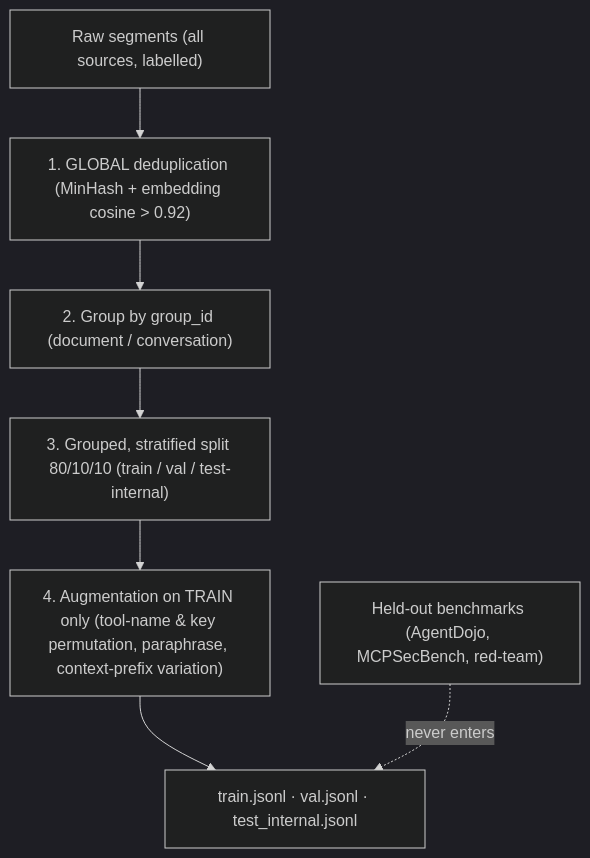
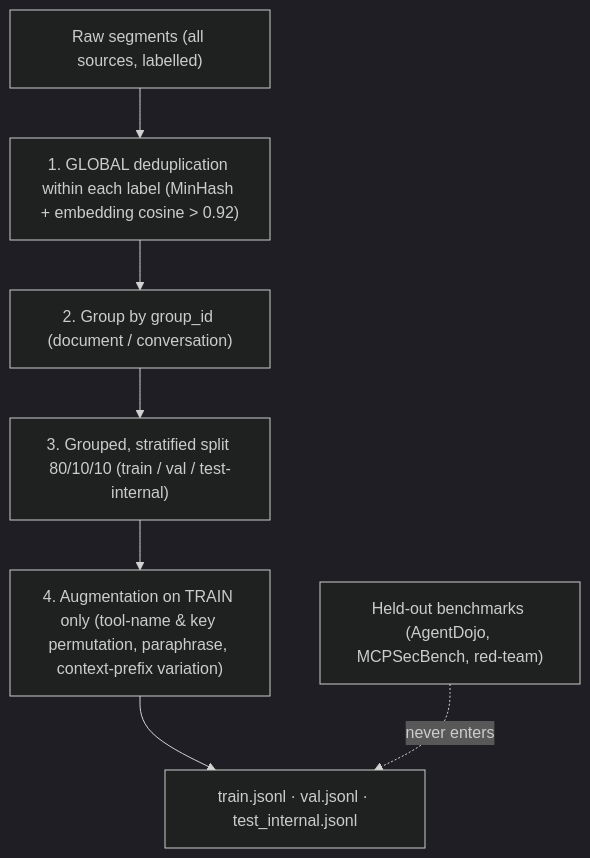
One commit to rishikeshvarma/MCP-Shield changed the diagram in 03 - Fine-Tuning & Dataset Strategy.md. Above: the diagram before and after it, drawn with Mermaid (dark theme). The commit also changed other lines of this file and 18 other files, not shown here.

````diff
--- a/03 - Fine-Tuning & Dataset Strategy.md
+++ b/03 - Fine-Tuning & Dataset Strategy.md
@@ -107,9 +107,9 @@
 ```mermaid
 graph TD
-    Raw["Raw segments (all sources, labelled)"] --> Dedup["1. GLOBAL deduplication (MinHash + embedding cosine > 0.92)"]
+    Raw["Raw segments (all sources, labelled)"] --> Dedup["1. GLOBAL deduplication within each label (MinHash + embedding cosine > 0.92)"]
     Dedup --> Group["2. Group by group_id (document / conversation)"]
     Group --> Split["3. Grouped, stratified split 80/10/10 (train / val / test-internal)"]
     Split --> Aug["4. Augmentation on TRAIN only (tool-name & key permutation, paraphrase, context-prefix variation)"]
     Aug --> Clean["train.jsonl · val.jsonl · test_internal.jsonl"]
     Held["Held-out benchmarks (AgentDojo, MCPSecBench, red-team)"] -.->|"never enters"| Clean
 ```
````
